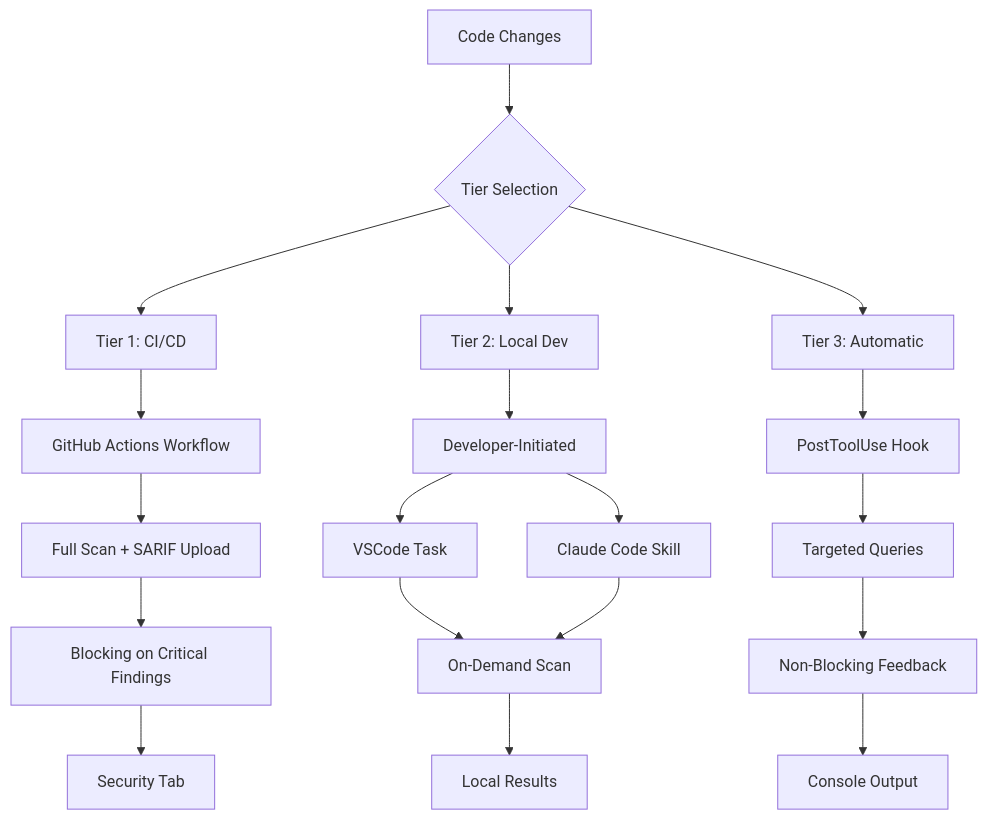
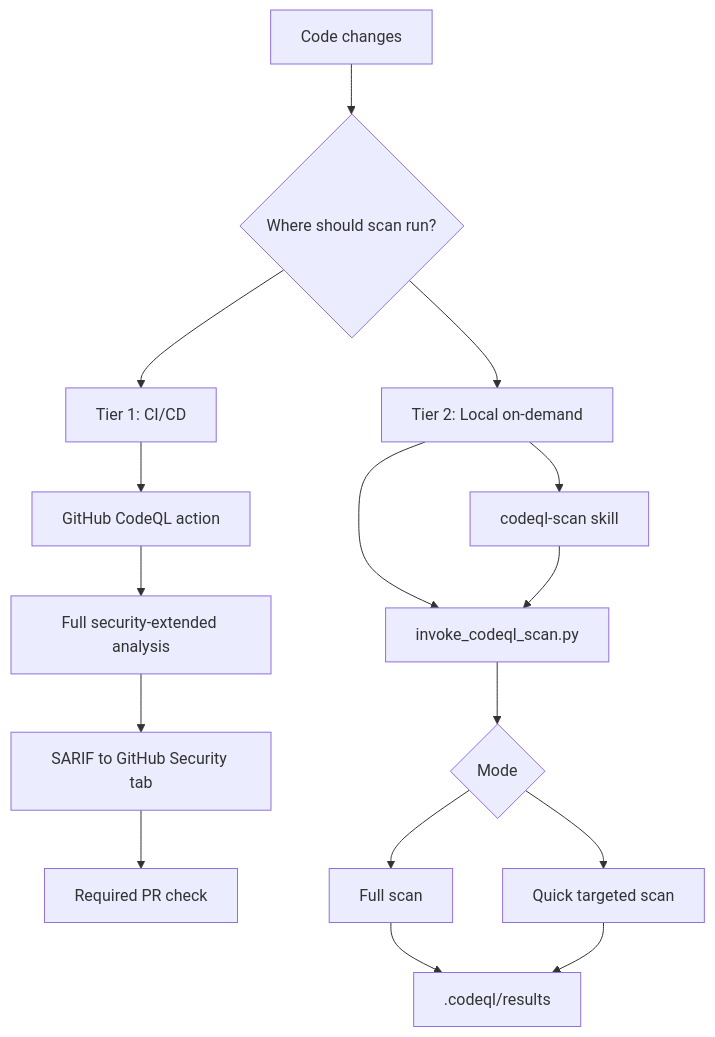
Before and after one commit to rjmurillo/ai-agents: the diagram in docs/codeql-integration.md, drawn with Mermaid. The commit also changed other lines of this file and 2 other files, not shown here.

First line of the commit message:
docs(codeql): rewrite reference docs for Python two-tier reality (#3296)

````diff
--- a/docs/codeql-integration.md
+++ b/docs/codeql-integration.md
@@ -192,25 +210,20 @@
 ```mermaid
 flowchart TD
-    A[Code Changes] --> B{Tier Selection}
-    B --> C[Tier 1: CI/CD]
-    B --> D[Tier 2: Local Dev]
-    B --> E[Tier 3: Automatic]
+    Change[Code changes] --> Choice{Where should scan run?}
+    Choice --> CI[Tier 1: CI/CD]
+    Choice --> Local[Tier 2: Local on-demand]
 
-    C --> C1[GitHub Actions Workflow]
-    C1 --> C2[Full Scan + SARIF Upload]
-    C2 --> C3[Blocking on Critical Findings]
+    CI --> Native[GitHub CodeQL action]
+    Native --> Full[Full security-extended analysis]
+    Full --> Upload[SARIF to GitHub Security tab]
+    Upload --> Gate[Required PR check]
 
-    D --> D1[Developer-Initiated]
-    D1 --> D2[VSCode Task]
-    D1 --> D3[Claude Code Skill]
-    D2 --> D4[On-Demand Scan]
-    D3 --> D4
-
-    E --> E1[PostToolUse Hook]
-    E1 --> E2[Targeted Queries]
-    E2 --> E3[Non-Blocking Feedback]
-
-    C3 --> F[Security Tab]
-    D4 --> G[Local Results]
-    E3 --> H[Console Output]
+    Local --> Skill[codeql-scan skill]
+    Local --> Script[invoke_codeql_scan.py]
+    Skill --> Script
+    Script --> Mode{Mode}
+    Mode --> FullLocal[Full scan]
+    Mode --> Quick[Quick targeted scan]
+    FullLocal --> Results[.codeql/results]
+    Quick --> Results
 ```
````
